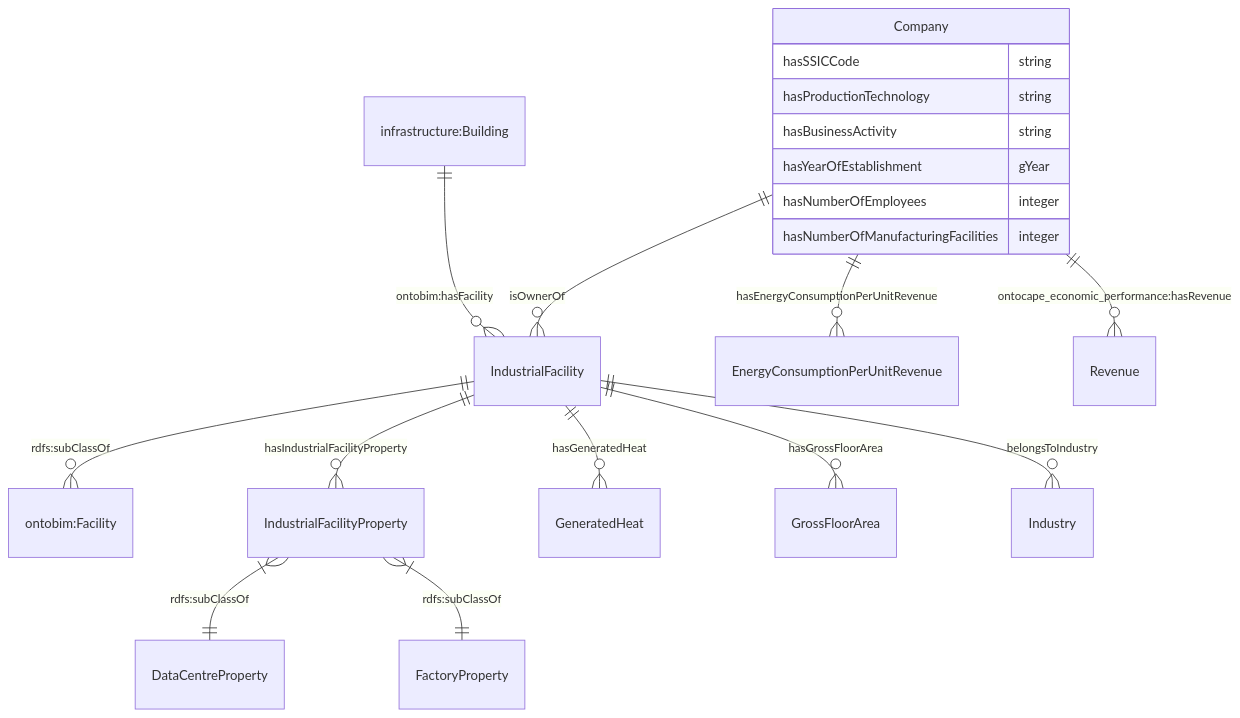
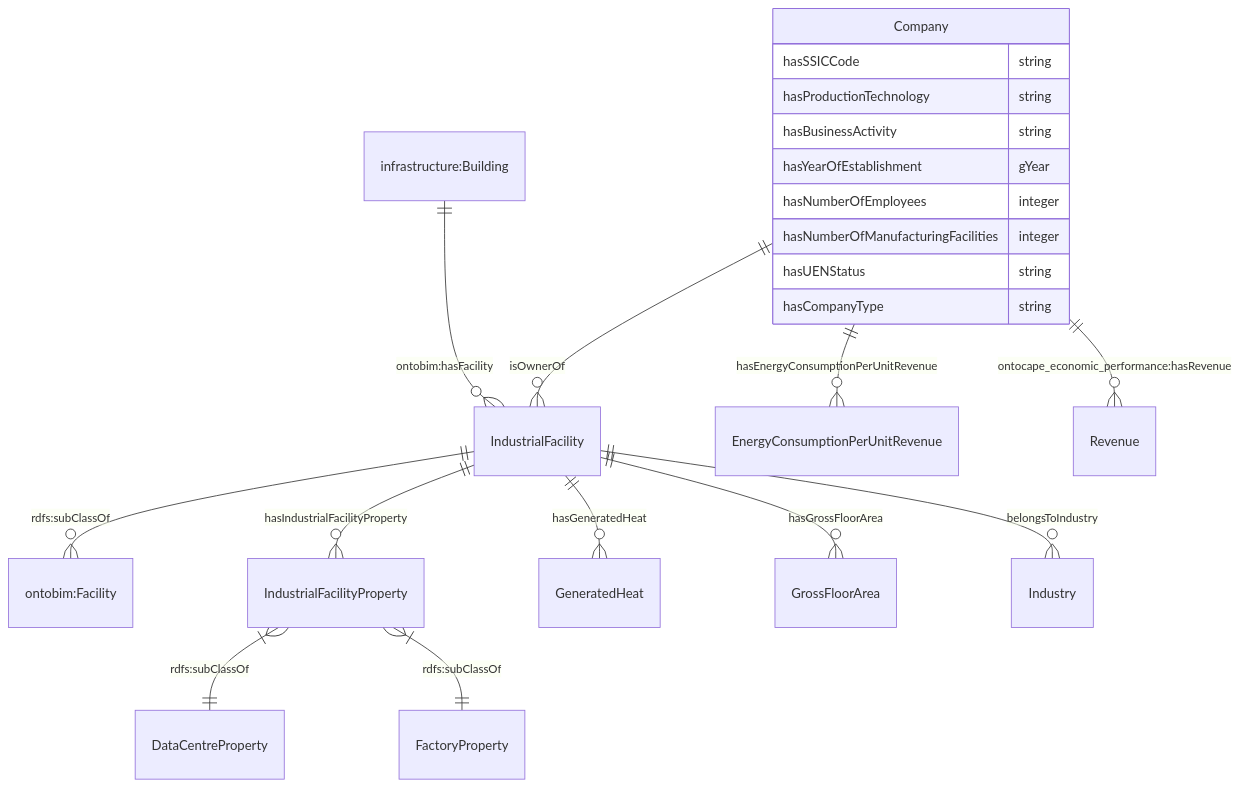
The first of 5 diagrams in ontology/ontocompany/README.md (TheWorldAvatar/ontology), drawn with Mermaid before and after one commit.

Commit message:
Added hasUENstatus and hasCompanyType data property

````diff
--- a/ontology/ontocompany/README.md
+++ b/ontology/ontocompany/README.md
@@ -22,22 +22,24 @@
 ```mermaid
     erDiagram
     "Company" ||--o{ "IndustrialFacility" : isOwnerOf
     "Company" ||--o{ "EnergyConsumptionPerUnitRevenue" : hasEnergyConsumptionPerUnitRevenue
     "Company" ||--o{ "Revenue" : "ontocape_economic_performance:hasRevenue"
     "Company" {
         hasSSICCode string
         hasProductionTechnology string
         hasBusinessActivity string
         hasYearOfEstablishment gYear
         hasNumberOfEmployees integer
         hasNumberOfManufacturingFacilities integer
+        hasUENStatus string
+        hasCompanyType string
     }
     "infrastructure:Building" ||--o{ "IndustrialFacility" : "ontobim:hasFacility"
     "IndustrialFacility" ||--o{ "ontobim:Facility" : "rdfs:subClassOf"
     "IndustrialFacility" ||--o{ "IndustrialFacilityProperty" : hasIndustrialFacilityProperty
     "IndustrialFacilityProperty" }|--|| "DataCentreProperty" : "rdfs:subClassOf"
     "IndustrialFacilityProperty" }|--|| "FactoryProperty" : "rdfs:subClassOf"
     "IndustrialFacility" ||--o{ "GeneratedHeat" : hasGeneratedHeat
     "IndustrialFacility" ||--o{ "GrossFloorArea" : hasGrossFloorArea
     "IndustrialFacility" ||--o{ "Industry" : belongsToIndustry
 ```
````
